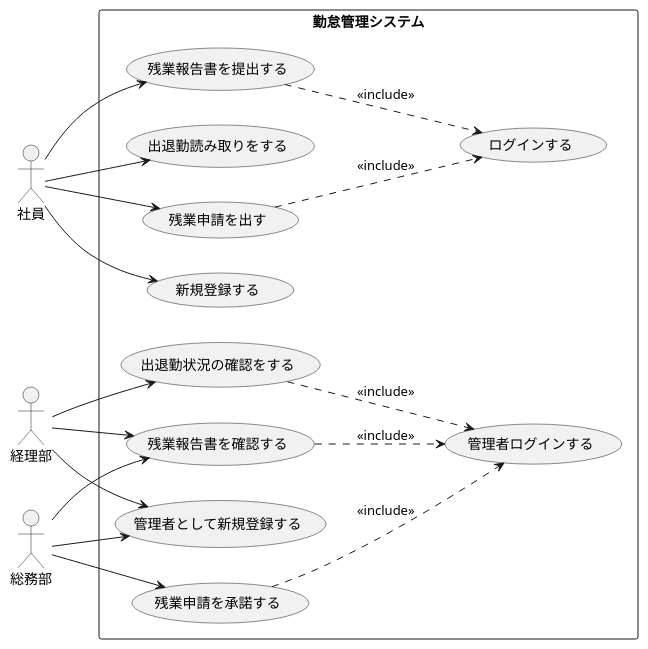
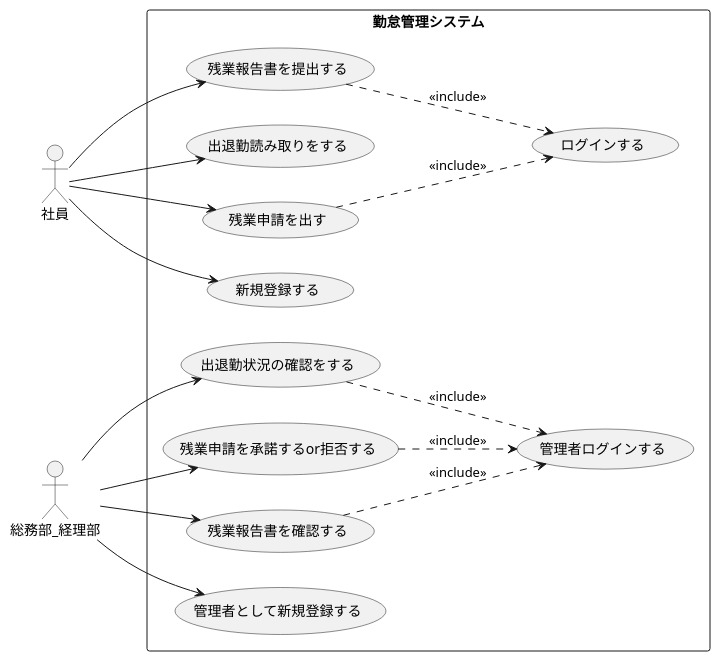
One commit to isio2/uml-introduction changed the diagram in 勤怠管理システム演習.pu. Above: the diagram before and after it, drawn with PlantUML. The commit also changed 6 other files, not shown here.

```diff
--- a/勤怠管理システム演習.pu
+++ b/勤怠管理システム演習.pu
@@ -1,33 +1,30 @@
 @startuml ユースケース図
 left to right direction
 actor 社員
-actor 総務部
-actor 経理部
+actor 総務部_経理部
 rectangle 勤怠管理システム{
 usecase 出退勤読み取りをする
 usecase 残業申請を出す
-usecase 残業申請を承諾する
+usecase 残業申請を承諾するor拒否する
 usecase 出退勤状況の確認をする
 usecase 残業報告書を提出する
 usecase 残業報告書を確認する
 usecase ログインする
 usecase 管理者ログインする
 usecase 新規登録する
 usecase 管理者として新規登録する
 }
 社員-->出退勤読み取りをする
 社員-->残業申請を出す
 社員-left->残業報告書を提出する
 社員-->新規登録する
-総務部-->残業報告書を確認する
-総務部-->残業申請を承諾する
-総務部-->管理者として新規登録する
-経理部-left->出退勤状況の確認をする
-経理部-->残業報告書を確認する
-経理部-->管理者として新規登録する
+総務部_経理部-->残業報告書を確認する
+総務部_経理部-->残業申請を承諾するor拒否する
+総務部_経理部-->管理者として新規登録する
+総務部_経理部-left->出退勤状況の確認をする
 出退勤状況の確認をする-.>管理者ログインする:<<include>>
 残業申請を出す-.>ログインする:<<include>>
-残業申請を承諾する-.>管理者ログインする:<<include>>
+残業申請を承諾するor拒否する-.>管理者ログインする:<<include>>
 残業報告書を提出する-.>ログインする:<<include>>
 残業報告書を確認する-.>管理者ログインする:<<include>>
 @enduml
```
